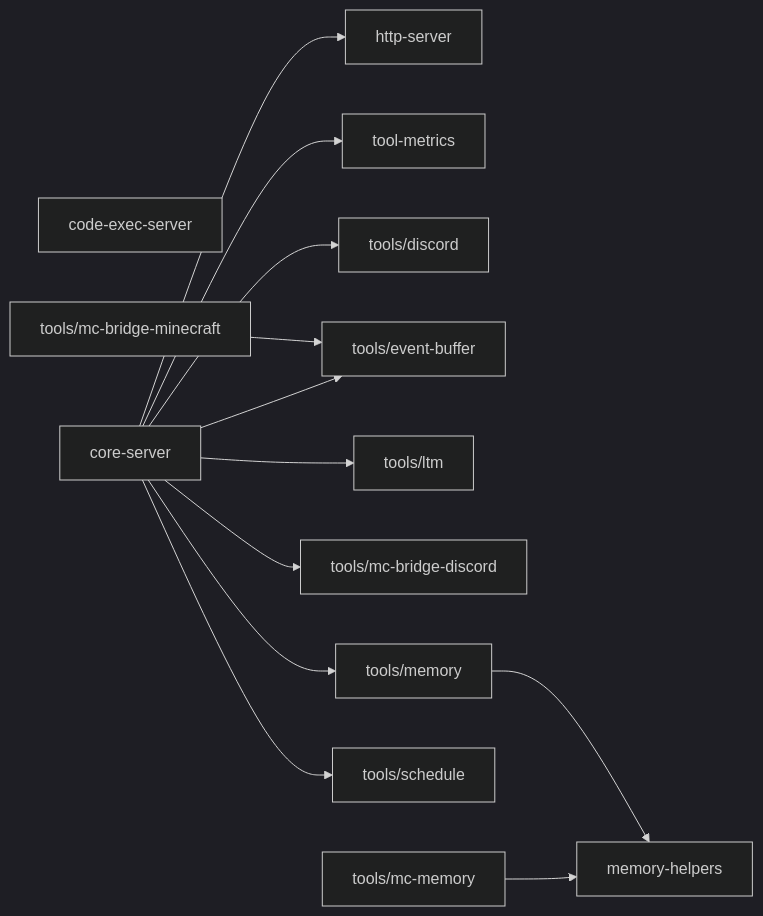
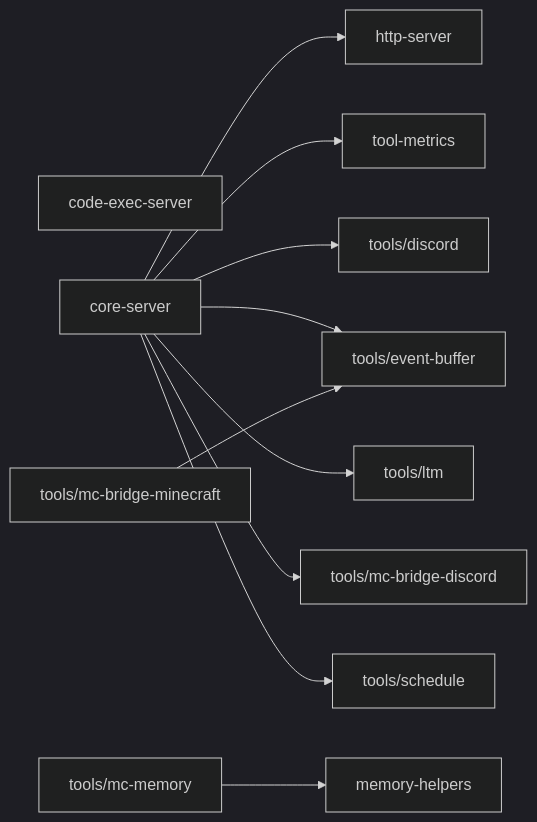
One commit to OJII3/vicissitude changed the diagram in packages/mcp/DEPS.md. Above: the diagram before and after it, drawn with Mermaid (dark theme). The commit also changed other lines of this file and 17 other files, not shown here.

````diff
--- a/packages/mcp/DEPS.md
+++ b/packages/mcp/DEPS.md
@@ -7,23 +7,21 @@
 ```mermaid
 graph LR
   code_exec_server["code-exec-server"]
   core_server["core-server"] --> http_server["http-server"]
   core_server["core-server"] --> tool_metrics["tool-metrics"]
   core_server["core-server"] --> tools_discord["tools/discord"]
   core_server["core-server"] --> tools_event_buffer["tools/event-buffer"]
   core_server["core-server"] --> tools_ltm["tools/ltm"]
   core_server["core-server"] --> tools_mc_bridge_discord["tools/mc-bridge-discord"]
-  core_server["core-server"] --> tools_memory["tools/memory"]
   core_server["core-server"] --> tools_schedule["tools/schedule"]
   http_server["http-server"]
   memory_helpers["memory-helpers"]
   tool_metrics["tool-metrics"]
   tools_discord["tools/discord"]
   tools_event_buffer["tools/event-buffer"]
   tools_ltm["tools/ltm"]
   tools_mc_bridge_discord["tools/mc-bridge-discord"]
   tools_mc_bridge_minecraft["tools/mc-bridge-minecraft"] --> tools_event_buffer["tools/event-buffer"]
   tools_mc_memory["tools/mc-memory"] --> memory_helpers["memory-helpers"]
-  tools_memory["tools/memory"] --> memory_helpers["memory-helpers"]
   tools_schedule["tools/schedule"]
 ```
````
